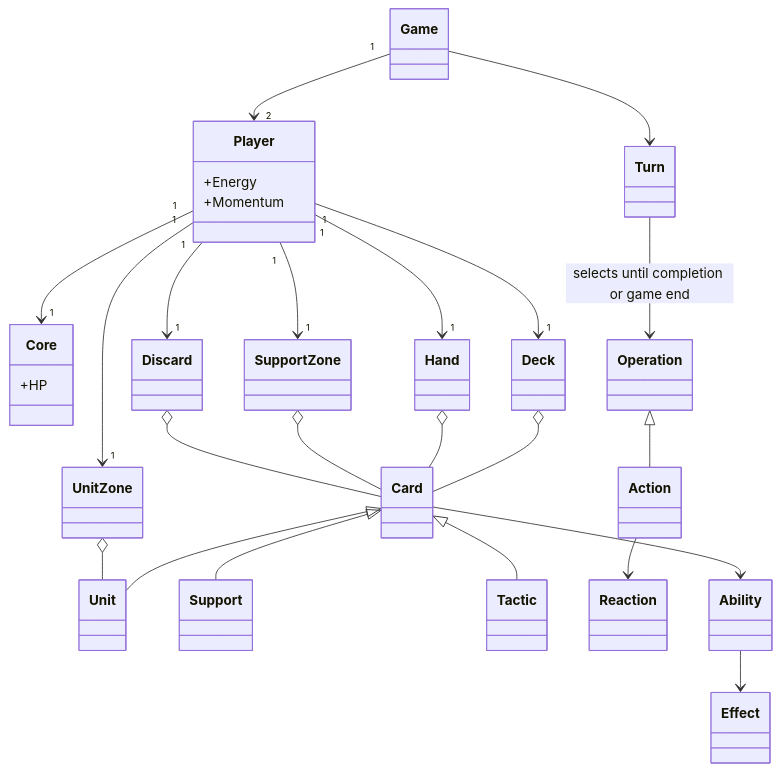
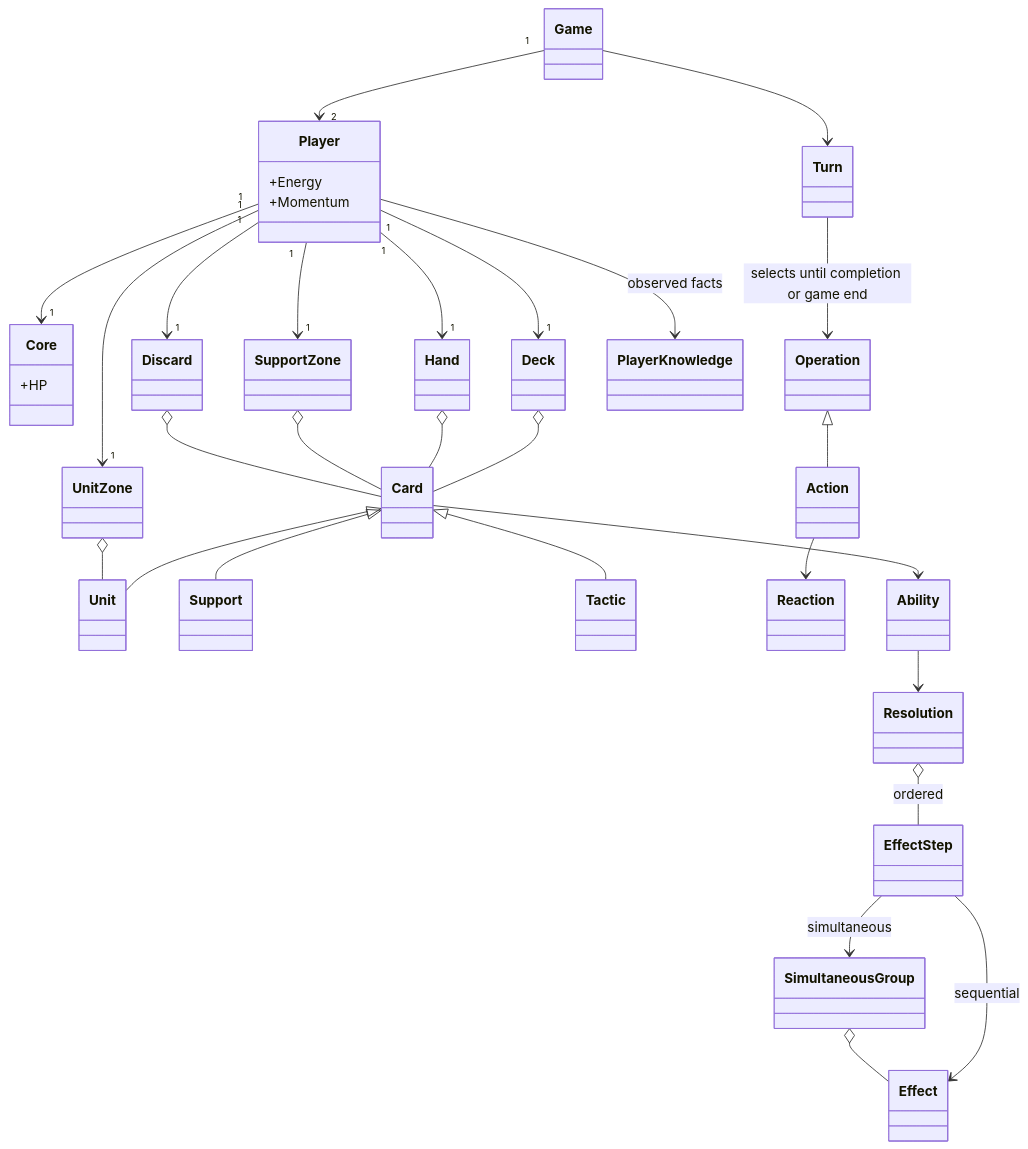
Before and after one commit to kjun1/card-game: the diagram in docs/model/domain-model.md, drawn with Mermaid. The commit also changed other lines of this file and 28 other files, not shown here.

```diff
--- a/docs/model/domain-model.md
+++ b/docs/model/domain-model.md
@@ -9,51 +9,60 @@
 ~~~mermaid
 classDiagram
     class Game
     class Player {
       +Energy
       +Momentum
     }
     class Core {
       +HP
     }
     class Deck
     class Hand
     class UnitZone
     class SupportZone
     class Discard
     class Card
     class Unit
     class Support
     class Tactic
     class Turn
     class Operation
     class Action
     class Reaction
     class Ability
+    class Resolution
+    class EffectStep
+    class SimultaneousGroup
     class Effect
+    class PlayerKnowledge
 
     Game "1" --> "2" Player
     Player "1" --> "1" Core
     Player "1" --> "1" Deck
     Player "1" --> "1" Hand
     Player "1" --> "1" UnitZone
     Player "1" --> "1" SupportZone
     Player "1" --> "1" Discard
+    Player --> PlayerKnowledge : observed facts
 
     Card <|-- Unit
     Card <|-- Support
     Card <|-- Tactic
 
     Deck o-- Card
     Hand o-- Card
     UnitZone o-- Unit
     SupportZone o-- Card
     Discard o-- Card
 
     Game --> Turn
     Turn --> Operation : selects until completion or game end
     Operation <|-- Action
     Action --> Reaction
     Card --> Ability
-    Ability --> Effect
+    Ability --> Resolution
+    Resolution o-- EffectStep : ordered
+    EffectStep --> Effect : sequential
+    EffectStep --> SimultaneousGroup : simultaneous
+    SimultaneousGroup o-- Effect
 ~~~
```
